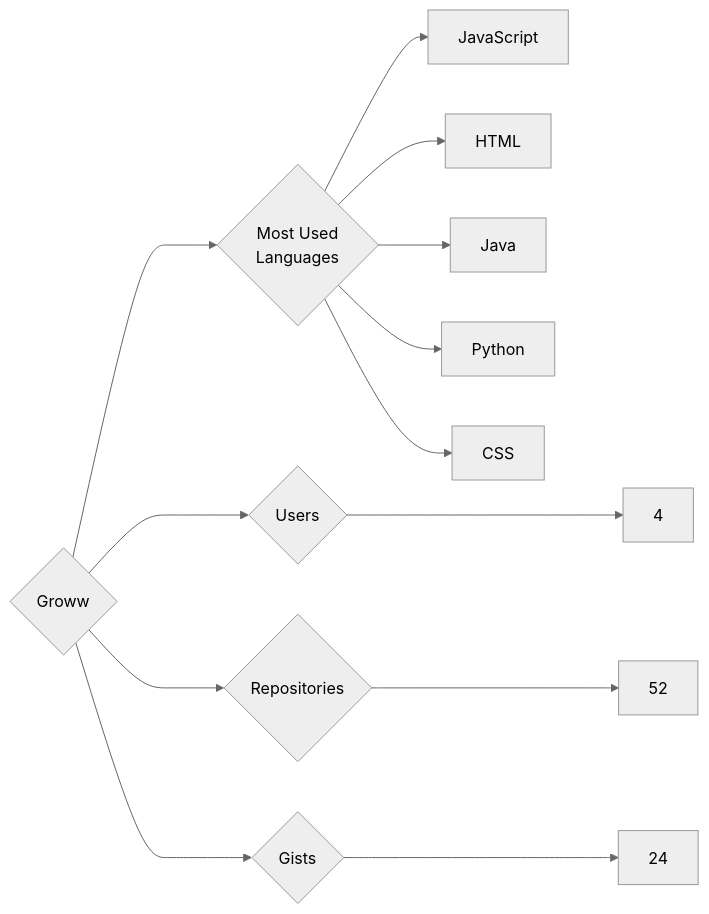
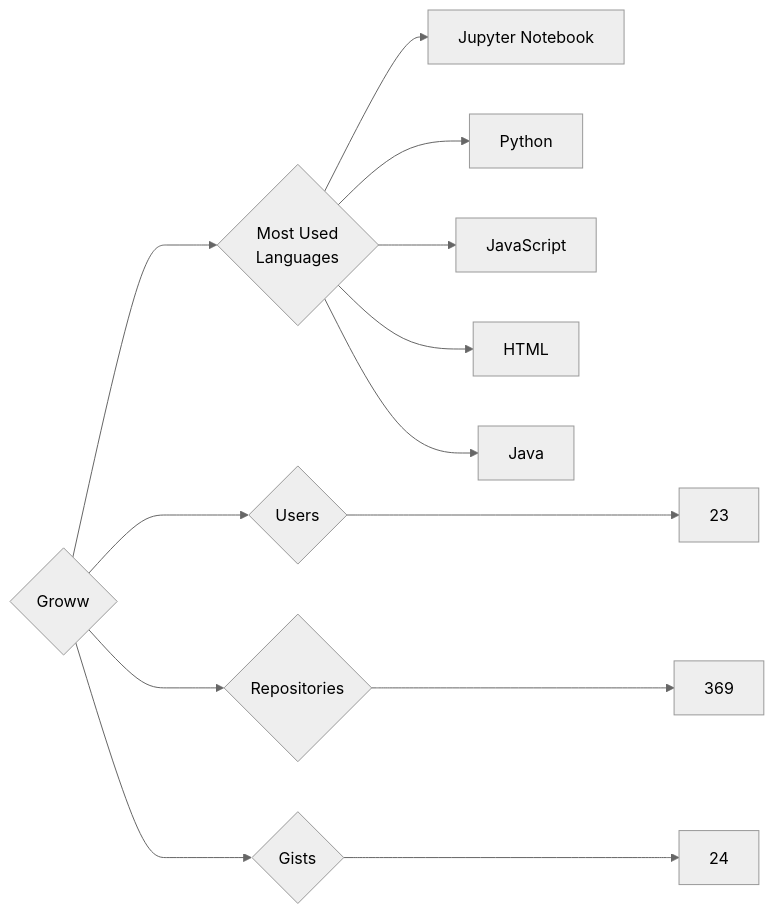
One commit to trickest/insiders changed the diagram in targets/Groww/README.md. Above: the diagram before and after it, drawn with Mermaid (neutral theme). The commit also changed 899 other files, not shown here.

````diff
--- a/targets/Groww/README.md
+++ b/targets/Groww/README.md
@@ -3,13 +3,13 @@
 ```mermaid
 graph LR
 COMPANY_NAME{Groww}
-COMPANY_NAME ---> U{Users} ---> UN[4]
-COMPANY_NAME ---> R{Repositories} ---> RN[52]
+COMPANY_NAME ---> U{Users} ---> UN[23]
+COMPANY_NAME ---> R{Repositories} ---> RN[369]
 COMPANY_NAME ---> G{Gists} ---> GN[24]
 COMPANY_NAME ---> ML{Most Used<br>Languages}
+ML --> Jupyter_Notebook[Jupyter Notebook]
+ML --> Python[Python]
 ML --> JavaScript[JavaScript]
 ML --> HTML[HTML]
 ML --> Java[Java]
-ML --> Python[Python]
-ML --> CSS[CSS]
 ```
````
